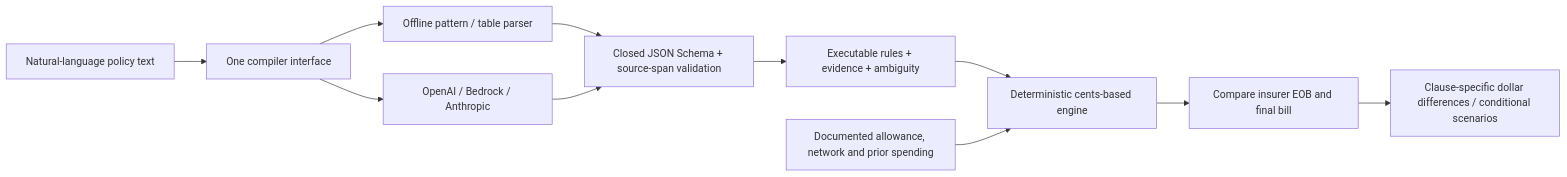
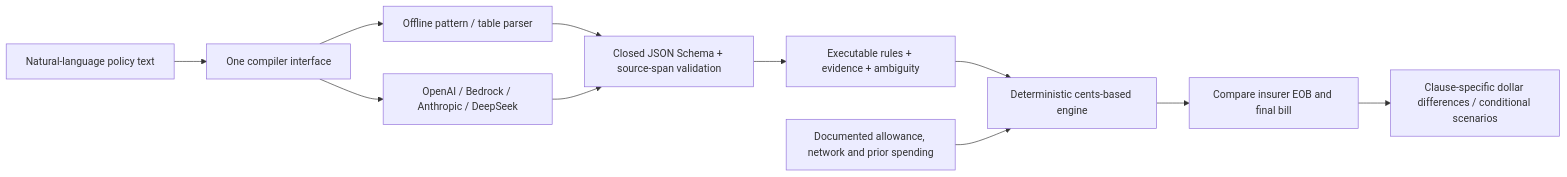
One commit to RaineyMisty/Fineprint changed the diagram in README.md. Above: the diagram before and after it, drawn with Mermaid. The commit also changed other lines of this file and 1 other file, not shown here.

Commit message:
Document measured DeepSeek results and failures in both READMEs

````diff
--- a/README.md
+++ b/README.md
@@ -46,13 +46,13 @@
 ```mermaid
 flowchart LR
     P[Natural-language policy text] --> I[One compiler interface]
     I --> F[Offline pattern / table parser]
-    I --> L[OpenAI / Bedrock / Anthropic]
+    I --> L[OpenAI / Bedrock / Anthropic / DeepSeek]
     F --> V[Closed JSON Schema + source-span validation]
     L --> V
     V --> R[Executable rules + evidence + ambiguity]
     R --> E[Deterministic cents-based engine]
     X[Documented allowance, network and prior spending] --> E
     E --> C[Compare insurer EOB and final bill]
     C --> U[Clause-specific dollar differences / conditional scenarios]
 ```
````
